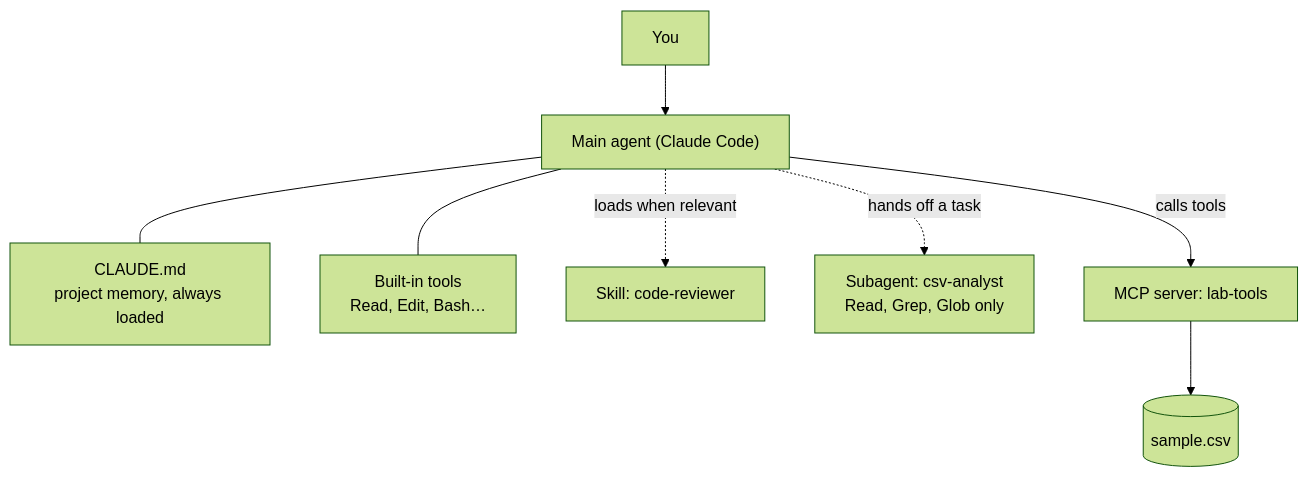
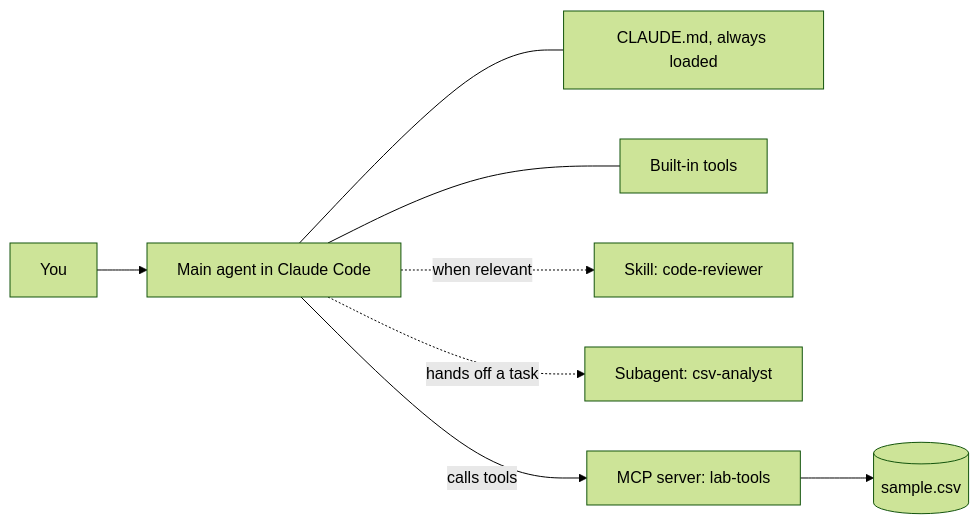
One commit to iportilla/agents changed the eighth of 10 diagrams in docs/INTRO-TO-AGENTS.md. Above: the diagram before and after it, drawn with Mermaid (forest theme). The commit also changed other lines of this file, not shown here.

First line of the commit message:
Make the intro guide's diagrams readable in Typora

````diff
--- a/docs/INTRO-TO-AGENTS.md
+++ b/docs/INTRO-TO-AGENTS.md
@@ -301,10 +295,10 @@
 ```mermaid
-flowchart TB
-    You["You"] --> Main["Main agent (Claude Code)"]
-    Main --- MEM["CLAUDE.md<br/>project memory, always loaded"]
-    Main --- BI["Built-in tools<br/>Read, Edit, Bash…"]
-    Main -.->|"loads when relevant"| SK["Skill: code-reviewer"]
-    Main -.->|"hands off a task"| SUB["Subagent: csv-analyst<br/>Read, Grep, Glob only"]
-    Main -->|"calls tools"| MCP["MCP server: lab-tools"]
+flowchart LR
+    You["You"] --> Main["Main agent in Claude Code"]
+    Main --- MEM["CLAUDE.md, always loaded"]
+    Main --- BI["Built-in tools"]
+    Main -.->|when relevant| SK["Skill: code-reviewer"]
+    Main -.->|hands off a task| SUB["Subagent: csv-analyst"]
+    Main -->|calls tools| MCP["MCP server: lab-tools"]
     MCP --> CSV[("sample.csv")]
 ```
````
